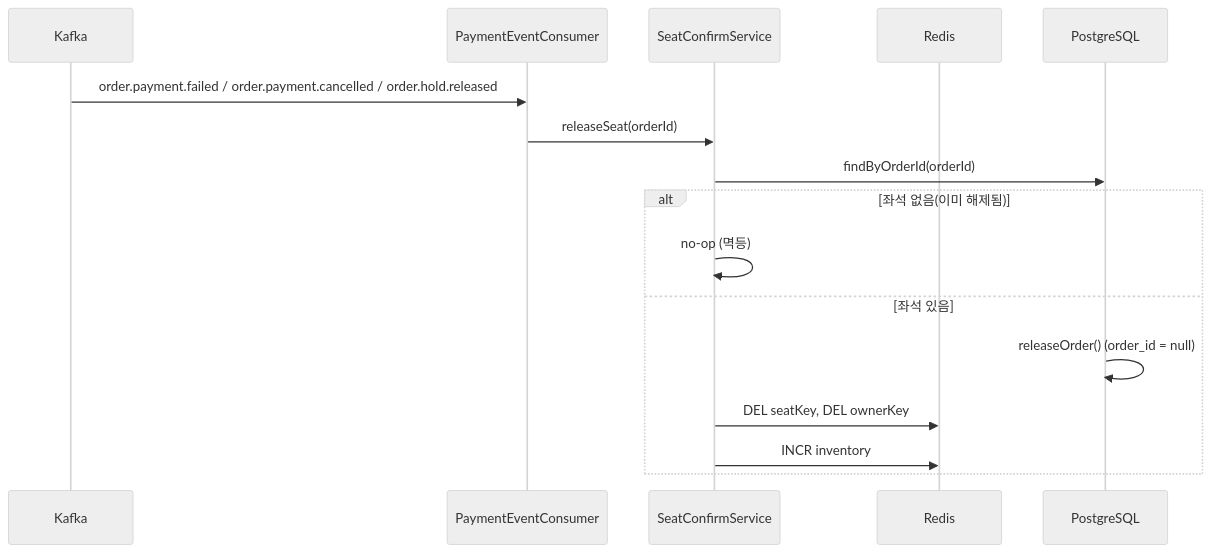
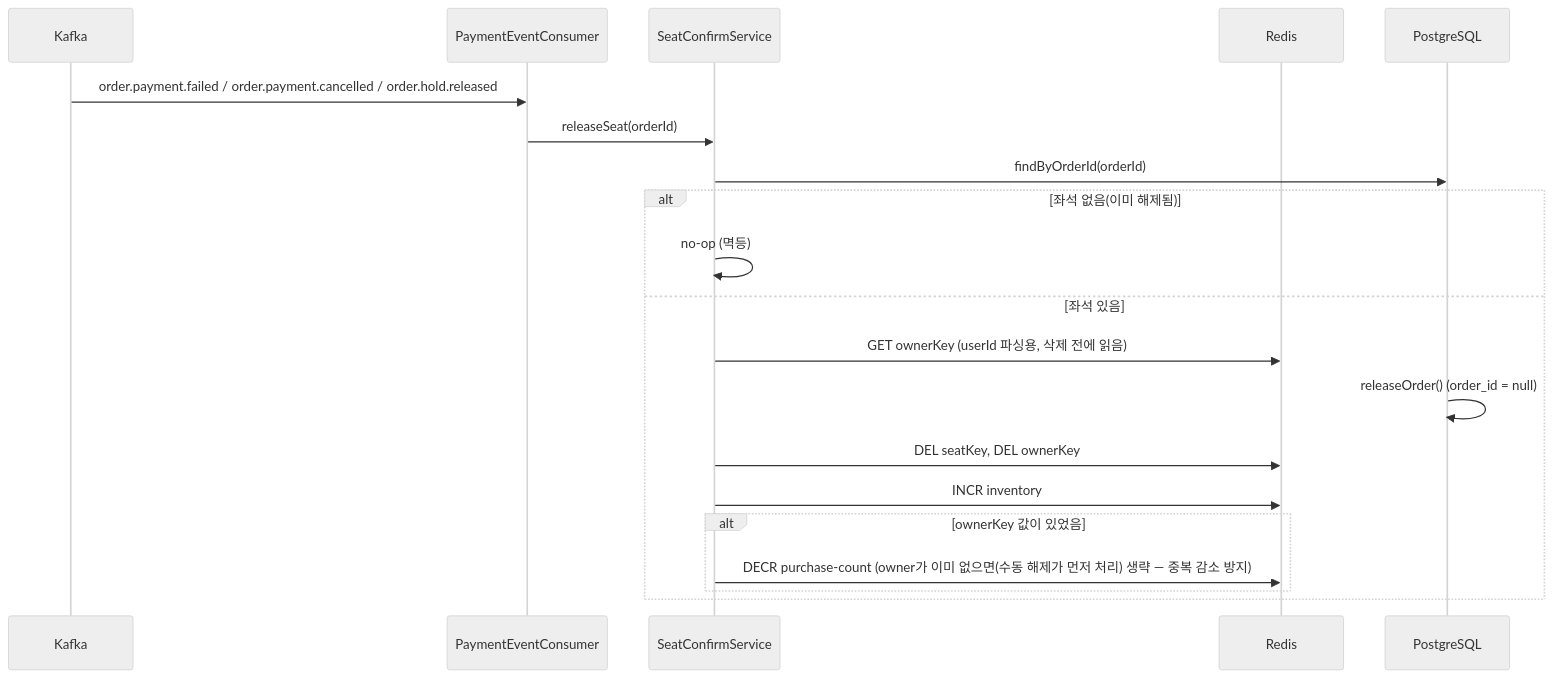
Before and after one commit to 6pm-sparta/6pm: the fifth of 8 diagrams in docs/ticketing-service/flows.md, drawn with Mermaid (neutral theme). The commit also changed other lines of this file and 2 other files, not shown here.

First line of the commit message:
docs: purchase-count 버그 수정 반영 안 된 문서 3곳 갱신

````diff
--- a/docs/ticketing-service/flows.md
+++ b/docs/ticketing-service/flows.md
@@ -197,19 +197,23 @@
 ```mermaid
 sequenceDiagram
     participant K as Kafka
     participant PC as PaymentEventConsumer
     participant SC as SeatConfirmService
     participant R as Redis
     participant DB as PostgreSQL
 
     K->>PC: order.payment.failed / order.payment.cancelled / order.hold.released
     PC->>SC: releaseSeat(orderId)
     SC->>DB: findByOrderId(orderId)
     alt 좌석 없음(이미 해제됨)
         SC->>SC: no-op (멱등)
     else 좌석 있음
+        SC->>R: GET ownerKey (userId 파싱용, 삭제 전에 읽음)
         DB->>DB: releaseOrder() (order_id = null)
         SC->>R: DEL seatKey, DEL ownerKey
         SC->>R: INCR inventory
+        alt ownerKey 값이 있었음
+            SC->>R: DECR purchase-count (owner가 이미 없으면(수동 해제가 먼저 처리) 생략 — 중복 감소 방지)
+        end
     end
 ```
````
